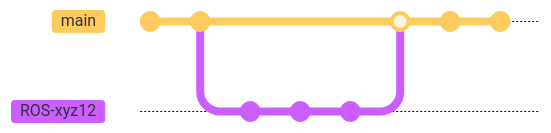
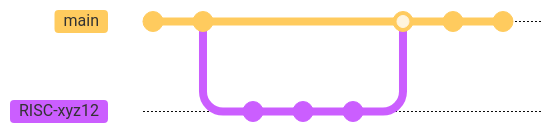
The second of 2 diagrams in README.md (kartverket/backstage-plugin-risk-scorecard-backend), drawn with Mermaid before and after one commit. The commit also changed other lines of this file, not shown here. Commit ids are hidden.

````diff
--- a/README.md
+++ b/README.md
@@ -13,15 +13,15 @@
 ```mermaid
 %%{init: { 'logLevel': 'debug', 'theme': 'base' } }%%
 gitGraph
    commit
    commit
-   branch ROS-xyz12
-   checkout ROS-xyz12
+   branch RISC-xyz12
+   checkout RISC-xyz12
    commit id: "Lagt til scenarier"
    commit id: "Justert konsekvens"
    commit id: "Godkjent av risikoeier"
    checkout main
-   merge ROS-xyz12
+   merge RISC-xyz12
    commit
    commit
 ```
````
